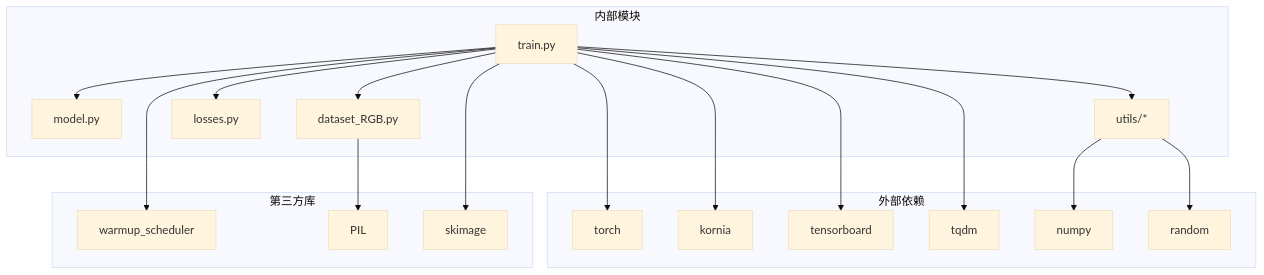
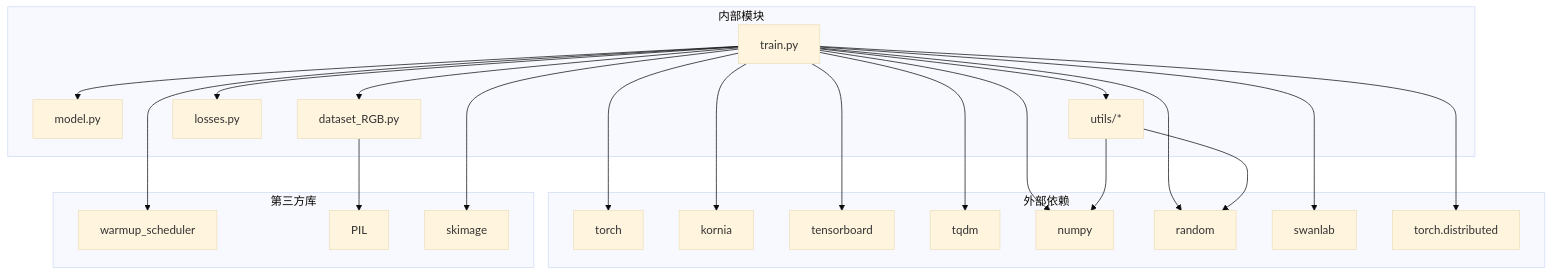
One commit to MSan333/NeRD-Rain-main changed the fifth of 5 diagrams in .qoder/repowiki/zh/content/训练框架/训练脚本详解.md. Above: the diagram before and after it, drawn with Mermaid (base theme). The commit also changed other lines of this file and 26 other files, not shown here.

First line of the commit message:
docs: 添加答辩用架构图（8张HTML/SVG模块图）

````diff
--- a/.qoder/repowiki/zh/content/训练框架/训练脚本详解.md
+++ b/.qoder/repowiki/zh/content/训练框架/训练脚本详解.md
@@ -341,36 +454,42 @@
 ```mermaid
 graph TB
 subgraph "外部依赖"
 P1[torch]
 P2[kornia]
 P3[tensorboard]
 P4[tqdm]
 P5[numpy]
 P6[random]
+P7[swanlab]
+P8[torch.distributed]
 end
 subgraph "内部模块"
 M1[train.py]
 M2[model.py]
 M3[dataset_RGB.py]
 M4[losses.py]
 M5[utils/*]
 end
 subgraph "第三方库"
 T1[warmup_scheduler]
 T2[PIL]
 T3[skimage]
 end
 M1 --> P1
 M1 --> P2
 M1 --> P3
 M1 --> P4
+M1 --> P5
+M1 --> P6
+M1 --> P7
+M1 --> P8
 M1 --> M2
 M1 --> M3
 M1 --> M4
 M1 --> M5
 M1 --> T1
 M3 --> T2
 M1 --> T3
 M5 --> P5
 M5 --> P6
 ```
````
